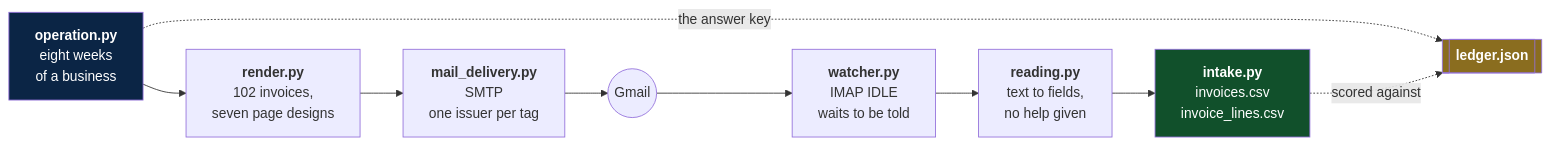
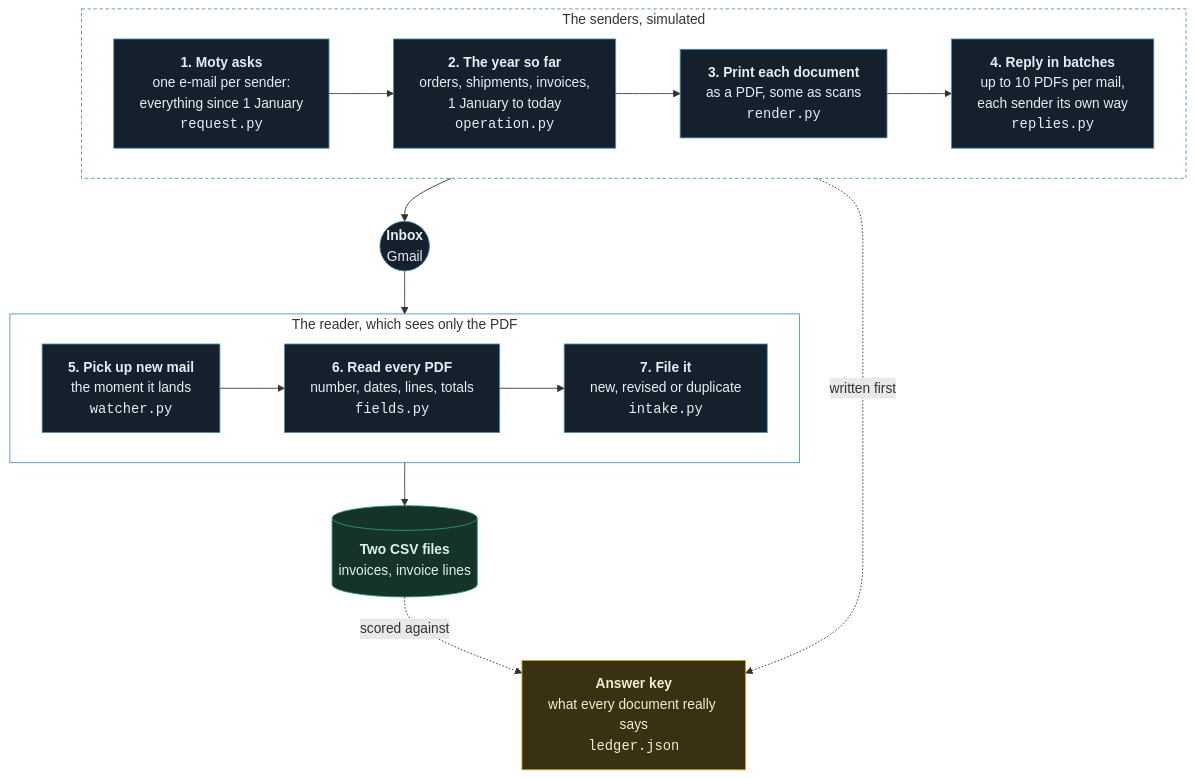
One commit to RafaelTavares98/invoice-pipeline changed the second of 3 diagrams in README.md. Above: the diagram before and after it, drawn with Mermaid. The commit also changed other lines of this file and 166 other files, not shown here.

````diff
--- a/README.md
+++ b/README.md
@@ -23,15 +64,34 @@
 ```mermaid
-flowchart LR
-    A["<b>operation.py</b><br/>eight weeks<br/>of a business"] --> B["<b>render.py</b><br/>102 invoices,<br/>seven page designs"]
-    B --> C["<b>mail_delivery.py</b><br/>SMTP<br/>one issuer per tag"]
-    C --> D(("Gmail"))
-    D --> E["<b>watcher.py</b><br/>IMAP IDLE<br/>waits to be told"]
-    E --> F["<b>reading.py</b><br/>text to fields,<br/>no help given"]
-    F --> G["<b>intake.py</b><br/>invoices.csv<br/>invoice_lines.csv"]
-    A -.->|"the answer key"| H[["<b>ledger.json</b>"]]
-    G -.->|"scored against"| H
+flowchart TB
+    subgraph SUP["The senders, simulated"]
+        direction LR
+        ASK["<b>1. Moty asks</b><br/>one e-mail per sender:<br/>everything since 1 January<br/><code>request.py</code>"]
+        SIM["<b>2. The year so far</b><br/>orders, shipments, invoices,<br/>1 January to today<br/><code>operation.py</code>"]
+        DRAW["<b>3. Print each document</b><br/>as a PDF, some as scans<br/><code>render.py</code>"]
+        SEND["<b>4. Reply in batches</b><br/>up to 10 PDFs per mail,<br/>each sender its own way<br/><code>replies.py</code>"]
+        ASK --> SIM --> DRAW --> SEND
+    end
+    BOX(("<b>Inbox</b><br/>Gmail"))
+    subgraph RD["The reader, which sees only the PDF"]
+        direction LR
+        WATCH["<b>5. Pick up new mail</b><br/>the moment it lands<br/><code>watcher.py</code>"]
+        READ["<b>6. Read every PDF</b><br/>number, dates, lines, totals<br/><code>fields.py</code>"]
+        SAVE["<b>7. File it</b><br/>new, revised or duplicate<br/><code>intake.py</code>"]
+        WATCH --> READ --> SAVE
+    end
+    CSV[("<b>Two CSV files</b><br/>invoices, invoice lines")]
+    KEY["<b>Answer key</b><br/>what every document really says<br/><code>ledger.json</code>"]
 
-    style A fill:#0B2545,color:#fff
-    style H fill:#8a6d1f,color:#fff
-    style G fill:#11502b,color:#fff
+    SUP --> BOX --> RD --> CSV
+    SUP -. "written first" .-> KEY
+    CSV -. "scored against" .-> KEY
+
+    classDef step fill:#14202b,stroke:#4f8fb8,color:#e6edf3
+    classDef truth fill:#3a3012,stroke:#c9a227,color:#f5ecd0
+    classDef result fill:#16332a,stroke:#2e9e6b,color:#dff2e8
+    class ASK,SIM,DRAW,SEND,WATCH,READ,SAVE,BOX step
+    class KEY truth
+    class CSV result
+    style SUP fill:transparent,stroke:#4f8fb8,stroke-dasharray:4 3
+    style RD fill:transparent,stroke:#4f8fb8
 ```
````
